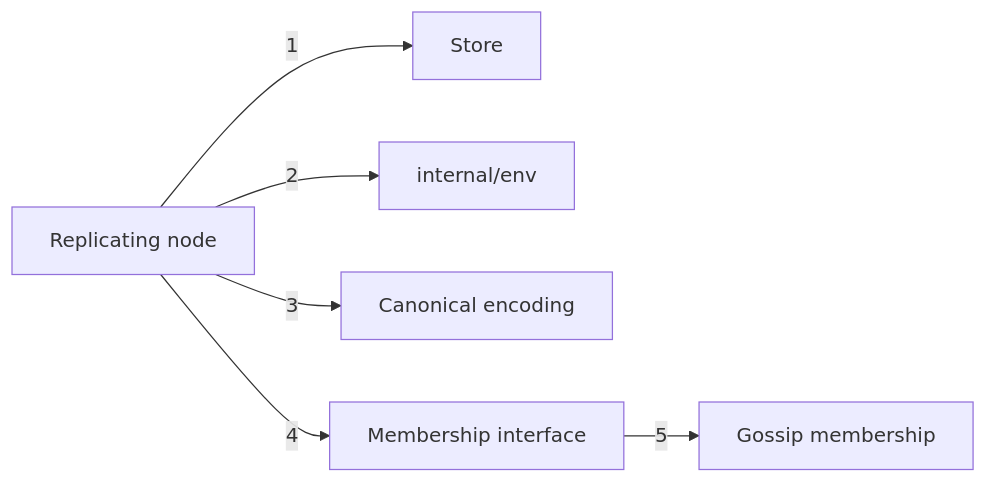
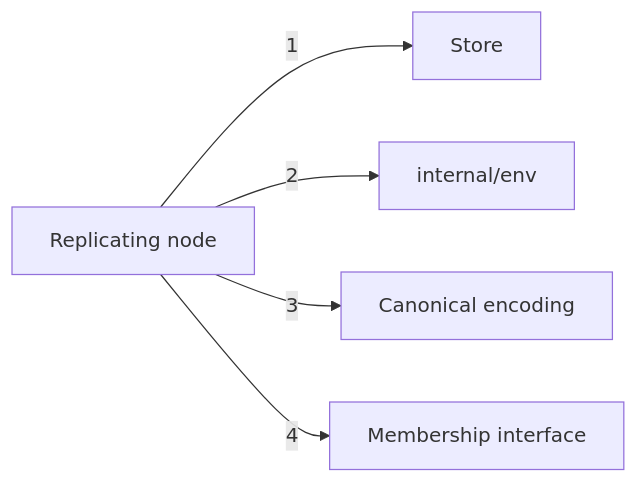
Before and after one commit to nickstrad/decentralized-object-store: the diagram in docs/c4/diagrams/07-component-occ-a.mmd, drawn with Mermaid. The commit also changed 28 other files, not shown here.

Commit message:
c4: redraw the diagrams as built: a node core that implements every package's interfaces, a node runtime, the object API over one service interface

```diff
--- a/docs/c4/diagrams/07-component-occ-a.mmd
+++ b/docs/c4/diagrams/07-component-occ-a.mmd
@@ -1,7 +1,6 @@
 %% draw-visual: -x 4 -y 1 -p 0
 graph LR
   NODE[Replicating node] -->|1| STORE[Store]
   NODE -->|2| ENV[internal/env]
   NODE -->|3| ENC[Canonical encoding]
   NODE -->|4| MEMBERSHIP[Membership interface]
-  MEMBERSHIP -->|5| GOSSIP[Gossip membership]
```
